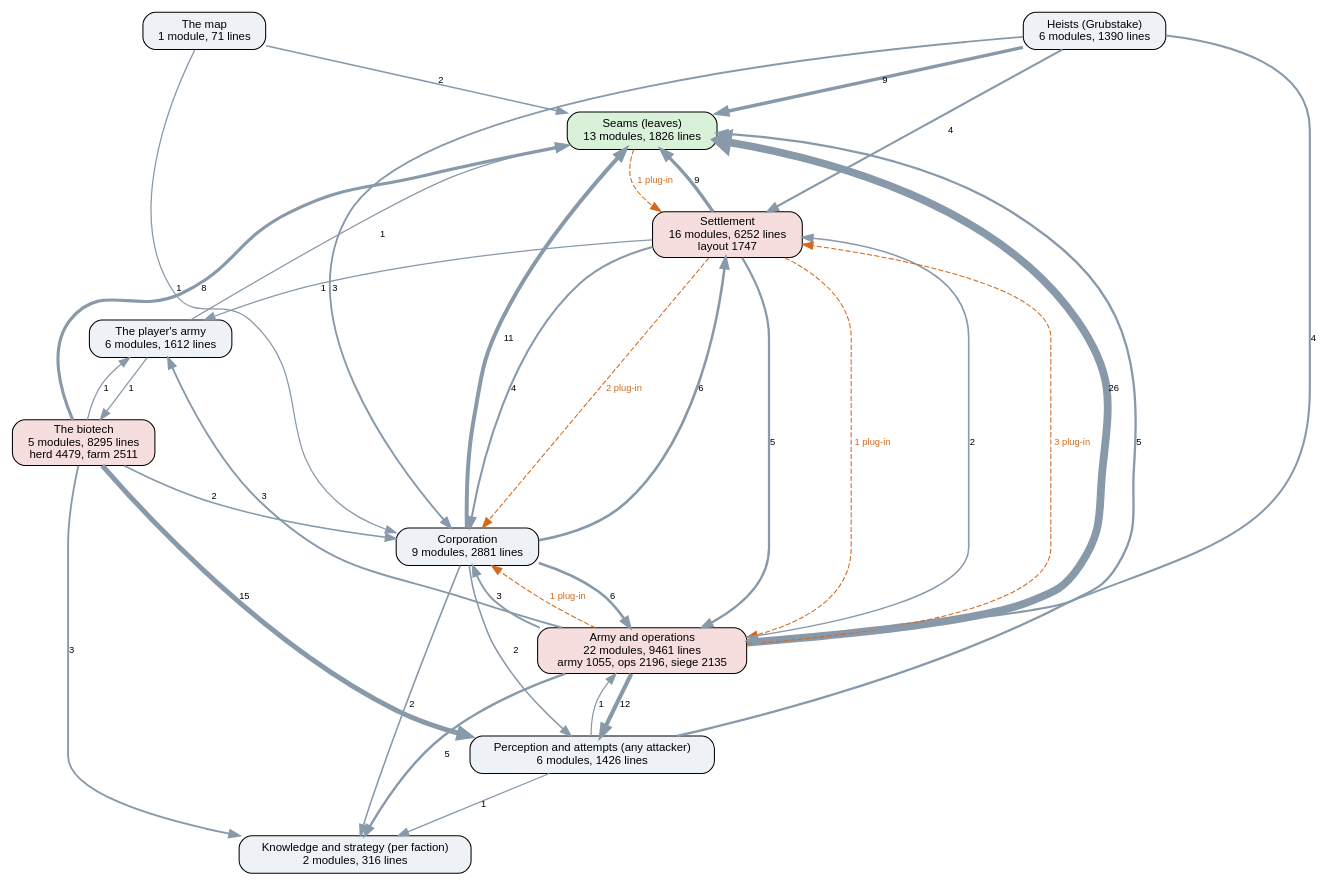
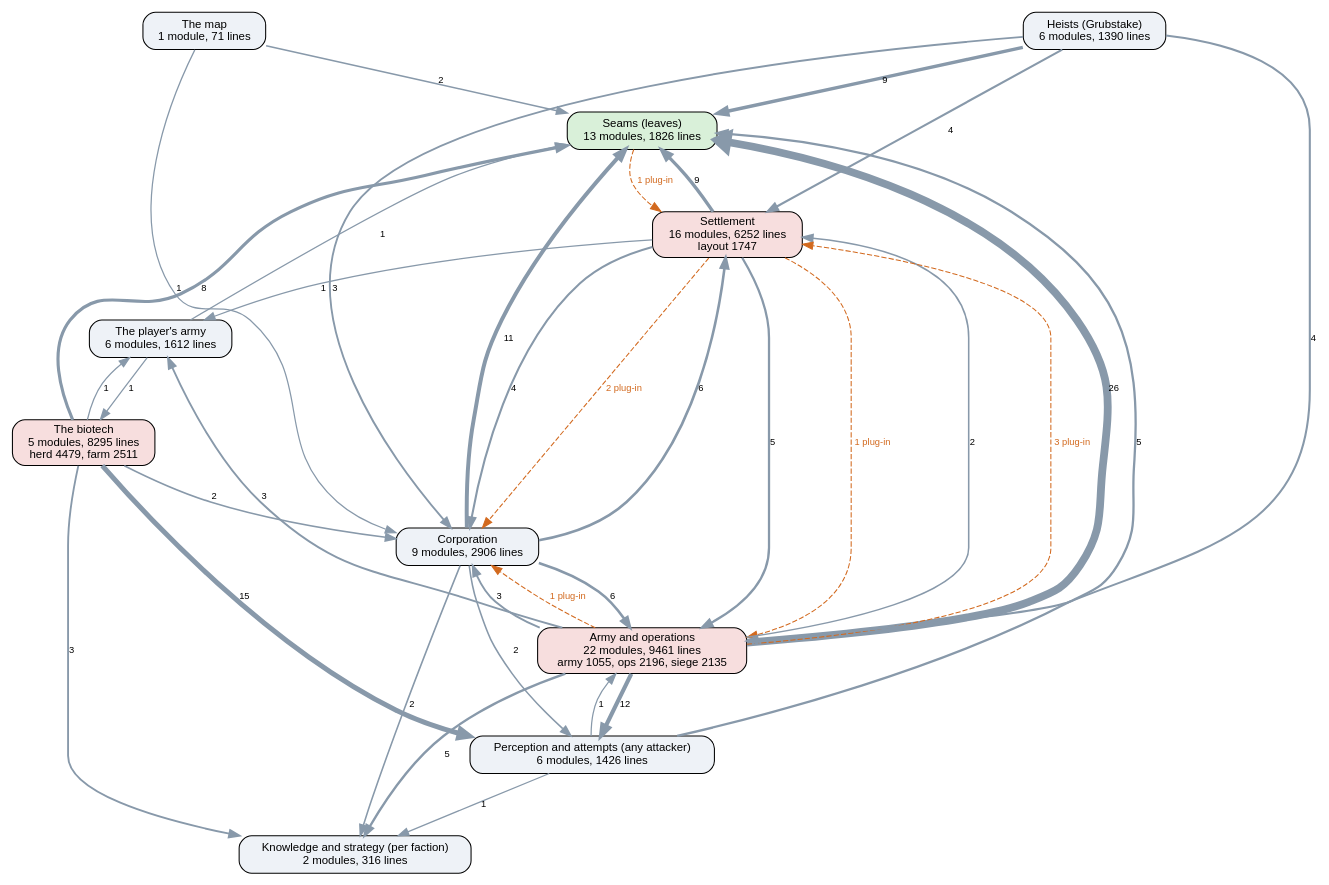
One commit to kinelhu/landing-party changed the diagram in docs/ai-layers.dot. Above: the diagram before and after it, drawn with Graphviz. The commit also changed 10 other files, not shown here.

```diff
--- a/docs/ai-layers.dot
+++ b/docs/ai-layers.dot
@@ -1,51 +1,51 @@
 digraph layers {
   graph [rankdir=TB, fontname="Helvetica", nodesep=0.5, ranksep=0.7];
   node [shape=box, style="rounded,filled", fontname="Helvetica", fontsize=11, fillcolor="#eef2f7"];
   edge [color="#8899aa", fontname="Helvetica", fontsize=9];
   "Seams (leaves)" [label="Seams (leaves)\n13 modules, 1826 lines", fillcolor="#d9f0d9"];
   "Perception and attempts (any attacker)" [label="Perception and attempts (any attacker)\n6 modules, 1426 lines", fillcolor="#eef2f7"];
   "Knowledge and strategy (per faction)" [label="Knowledge and strategy (per faction)\n2 modules, 316 lines", fillcolor="#eef2f7"];
-  "Corporation" [label="Corporation\n9 modules, 2881 lines", fillcolor="#eef2f7"];
+  "Corporation" [label="Corporation\n9 modules, 2906 lines", fillcolor="#eef2f7"];
   "Settlement" [label="Settlement\n16 modules, 6252 lines\nlayout 1747", fillcolor="#f7dede"];
   "Army and operations" [label="Army and operations\n22 modules, 9461 lines\narmy 1055, ops 2196, siege 2135", fillcolor="#f7dede"];
   "Heists (Grubstake)" [label="Heists (Grubstake)\n6 modules, 1390 lines", fillcolor="#eef2f7"];
   "The biotech" [label="The biotech\n5 modules, 8295 lines\nherd 4479, farm 2511", fillcolor="#f7dede"];
   "The map" [label="The map\n1 module, 71 lines", fillcolor="#eef2f7"];
   "The player's army" [label="The player's army\n6 modules, 1612 lines", fillcolor="#eef2f7"];
   "Army and operations" -> "Corporation" [label="3", penwidth=1.8];
   "Army and operations" -> "Knowledge and strategy (per faction)" [label="5", penwidth=2.2];
   "Army and operations" -> "Perception and attempts (any attacker)" [label="12", penwidth=4.0];
   "Army and operations" -> "Seams (leaves)" [label="26", penwidth=7.5];
   "Army and operations" -> "Settlement" [label="2", penwidth=1.5];
   "Army and operations" -> "The player's army" [label="3", penwidth=1.8];
   "Corporation" -> "Army and operations" [label="6", penwidth=2.5];
   "Corporation" -> "Knowledge and strategy (per faction)" [label="2", penwidth=1.5];
   "Corporation" -> "Perception and attempts (any attacker)" [label="2", penwidth=1.5];
   "Corporation" -> "Seams (leaves)" [label="11", penwidth=3.8];
   "Corporation" -> "Settlement" [label="6", penwidth=2.5];
   "Heists (Grubstake)" -> "Army and operations" [label="4", penwidth=2.0];
   "Heists (Grubstake)" -> "Corporation" [label="3", penwidth=1.8];
   "Heists (Grubstake)" -> "Seams (leaves)" [label="9", penwidth=3.2];
   "Heists (Grubstake)" -> "Settlement" [label="4", penwidth=2.0];
   "Perception and attempts (any attacker)" -> "Army and operations" [label="1", penwidth=1.2];
   "Perception and attempts (any attacker)" -> "Knowledge and strategy (per faction)" [label="1", penwidth=1.2];
   "Perception and attempts (any attacker)" -> "Seams (leaves)" [label="5", penwidth=2.2];
   "Settlement" -> "Army and operations" [label="5", penwidth=2.2];
   "Settlement" -> "Corporation" [label="4", penwidth=2.0];
   "Settlement" -> "Seams (leaves)" [label="9", penwidth=3.2];
   "Settlement" -> "The player's army" [label="1", penwidth=1.2];
   "The biotech" -> "Corporation" [label="2", penwidth=1.5];
   "The biotech" -> "Knowledge and strategy (per faction)" [label="3", penwidth=1.8];
   "The biotech" -> "Perception and attempts (any attacker)" [label="15", penwidth=4.8];
   "The biotech" -> "Seams (leaves)" [label="8", penwidth=3.0];
   "The biotech" -> "The player's army" [label="1", penwidth=1.2];
   "The map" -> "Corporation" [label="1", penwidth=1.2];
   "The map" -> "Seams (leaves)" [label="2", penwidth=1.5];
   "The player's army" -> "Seams (leaves)" [label="1", penwidth=1.2];
   "The player's army" -> "The biotech" [label="1", penwidth=1.2];
   "Army and operations" -> "Corporation" [style=dashed, color="#d2691e", fontcolor="#d2691e", label="1 plug-in"];
   "Army and operations" -> "Settlement" [style=dashed, color="#d2691e", fontcolor="#d2691e", label="3 plug-in"];
   "Seams (leaves)" -> "Settlement" [style=dashed, color="#d2691e", fontcolor="#d2691e", label="1 plug-in"];
   "Settlement" -> "Army and operations" [style=dashed, color="#d2691e", fontcolor="#d2691e", label="1 plug-in"];
   "Settlement" -> "Corporation" [style=dashed, color="#d2691e", fontcolor="#d2691e", label="2 plug-in"];
 }
```
